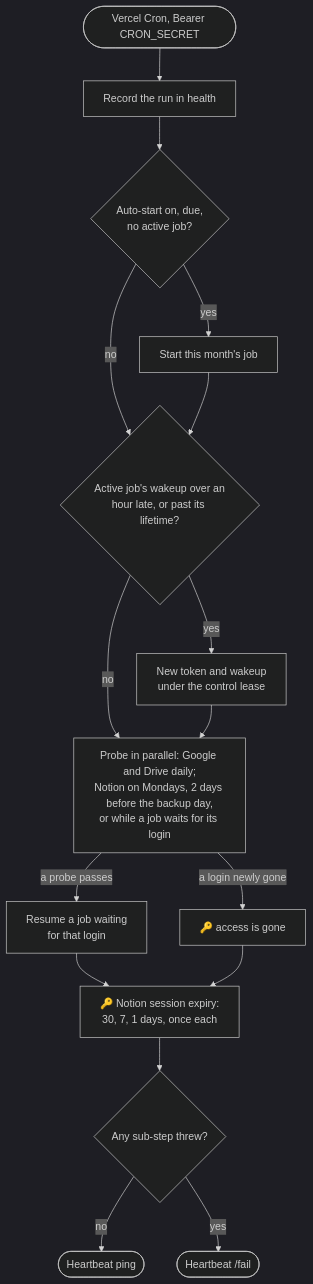
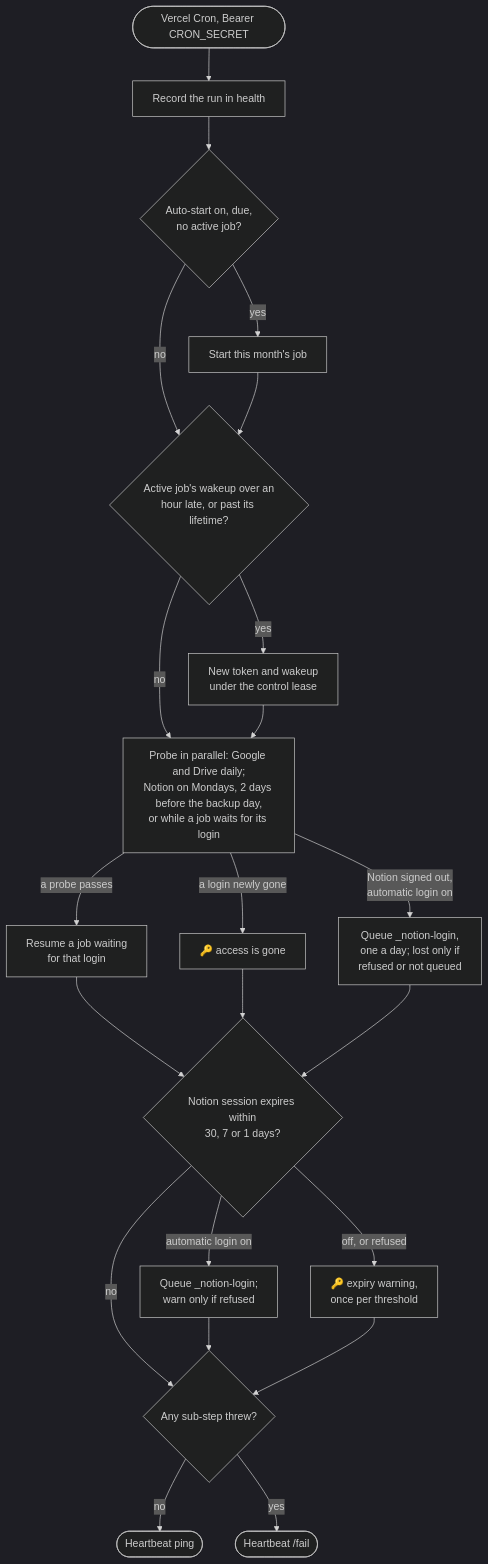
One commit to itemka/nodejs-backend-mastery changed the sixth of 6 diagrams in workspaces/apps/notion-backup-automation/docs/backup-lifecycle.md. Above: the diagram before and after it, drawn with Mermaid (dark theme). The commit also changed 48 other files, not shown here.

````diff
--- a/workspaces/apps/notion-backup-automation/docs/backup-lifecycle.md
+++ b/workspaces/apps/notion-backup-automation/docs/backup-lifecycle.md
@@ -139,18 +139,24 @@
 ```mermaid
 flowchart TD
   Cron([Vercel Cron, Bearer CRON_SECRET]) --> Touch[Record the run in health]
   Touch --> Start{Auto-start on, due,<br/>no active job?}
   Start -->|yes| Create[Start this month's job]
   Start -->|no| Watch
   Create --> Watch{Active job's wakeup over an<br/>hour late, or past its lifetime?}
   Watch -->|yes| Rearm[New token and wakeup<br/>under the control lease]
   Watch -->|no| Probes
   Rearm --> Probes["Probe in parallel: Google and Drive daily;<br/>Notion on Mondays, 2 days before the backup day,<br/>or while a job waits for its login"]
   Probes -->|a probe passes| Resume[Resume a job waiting<br/>for that login]
   Probes -->|a login newly gone| Lost[🔑 access is gone]
+  Probes -->|Notion signed out,<br/>automatic login on| Queue[Queue _notion-login,<br/>one a day; lost only if<br/>refused or not queued]
   Resume --> Warn
-  Lost --> Warn["🔑 Notion session expiry:<br/>30, 7, 1 days, once each"]
-  Warn --> Beat{Any sub-step threw?}
+  Lost --> Warn
+  Queue --> Warn{"Notion session expires within<br/>30, 7 or 1 days?"}
+  Warn -->|automatic login on| Renew[Queue _notion-login;<br/>warn only if refused]
+  Warn -->|off, or refused| Expiry["🔑 expiry warning,<br/>once per threshold"]
+  Warn -->|no| Beat
+  Renew --> Beat
+  Expiry --> Beat{Any sub-step threw?}
   Beat -->|no| Ok([Heartbeat ping])
   Beat -->|yes| Fail([Heartbeat /fail])
 ```
````
